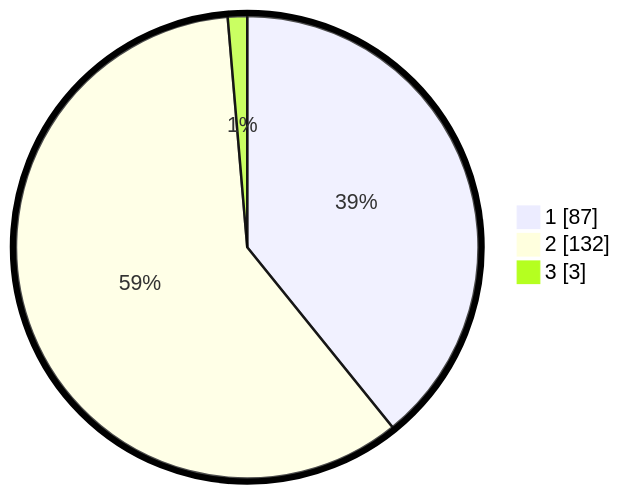
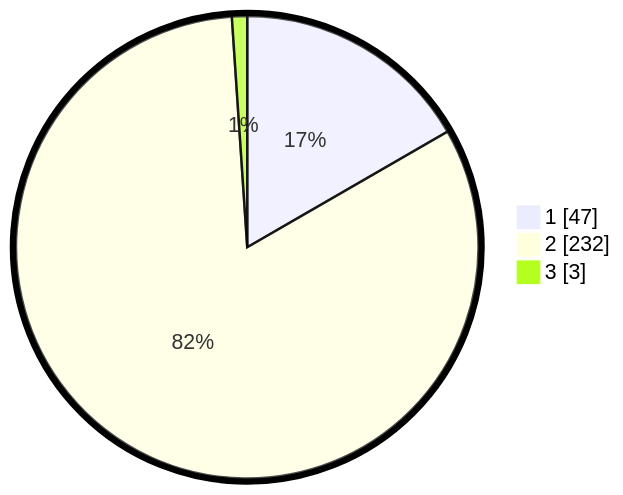
Before and after one commit to gigit-pemilu/pemilu-2024-52-nusa-tenggara-barat: the second of 2 diagrams in pilpres/hitung-suara/sub/52-nusa-tenggara-barat/sub/01-lombok-barat/sub/01-gerung/sub/1001-gerung-utara/sub/013-tps/README.md, drawn with Mermaid. The commit also changed other lines of this file and 721 other files, not shown here.

````diff
--- a/pilpres/hitung-suara/sub/52-nusa-tenggara-barat/sub/01-lombok-barat/sub/01-gerung/sub/1001-gerung-utara/sub/013-tps/README.md
+++ b/pilpres/hitung-suara/sub/52-nusa-tenggara-barat/sub/01-lombok-barat/sub/01-gerung/sub/1001-gerung-utara/sub/013-tps/README.md
@@ -13,7 +13,7 @@
 ```mermaid
 %%{init: {"pie": {"textPosition": 0.5}, "themeVariables": {"pieOuterStrokeWidth": "5px"}} }%%
 pie showData
-    "1" : 87
-    "2" : 132
+    "1" : 47
+    "2" : 232
     "3" : 3
 ```
````
